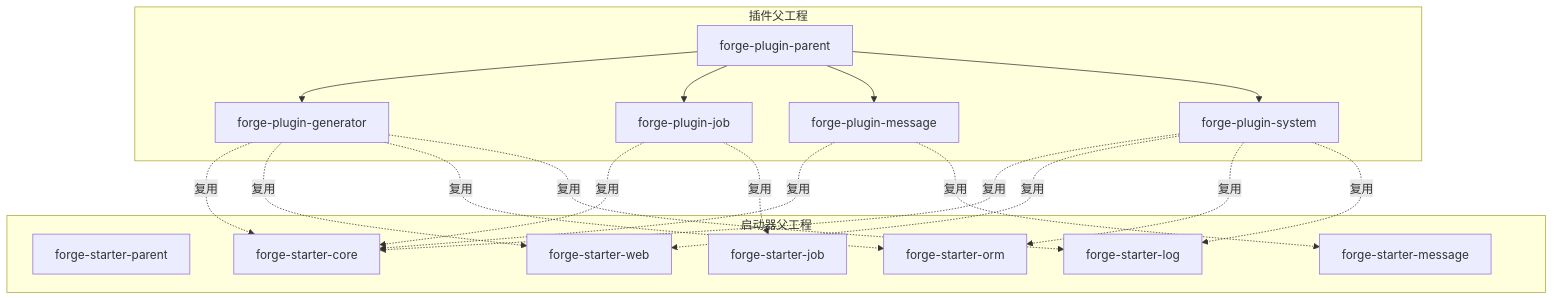
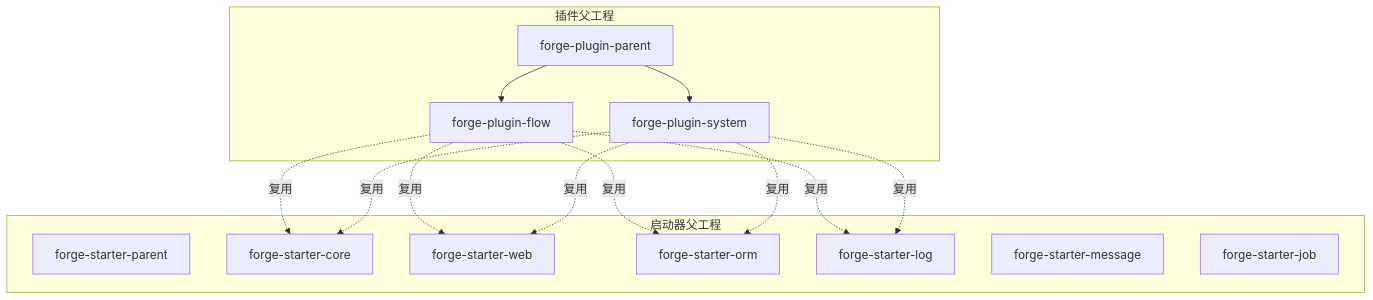
One commit to yaomindong1996/forge-admin changed the second of 4 diagrams in .qoder/repowiki/zh/content/开发指南/扩展开发/插件开发/插件开发.md. Above: the diagram before and after it, drawn with Mermaid. The commit also changed other lines of this file and 76 other files, not shown here.

````diff
--- a/.qoder/repowiki/zh/content/开发指南/扩展开发/插件开发/插件开发.md
+++ b/.qoder/repowiki/zh/content/开发指南/扩展开发/插件开发/插件开发.md
@@ -104,35 +78,27 @@
 ```mermaid
 graph TB
 subgraph "插件父工程"
 PP["forge-plugin-parent"]
-PG["forge-plugin-generator"]
-PJ["forge-plugin-job"]
-PM["forge-plugin-message"]
+PF["forge-plugin-flow"]
 PS["forge-plugin-system"]
 end
 subgraph "启动器父工程"
 SP["forge-starter-parent"]
 SC["forge-starter-core"]
 SW["forge-starter-web"]
 SO["forge-starter-orm"]
 SL["forge-starter-log"]
 SM["forge-starter-message"]
 SJ["forge-starter-job"]
 end
-PP --> PG
-PP --> PJ
-PP --> PM
+PP --> PF
 PP --> PS
-PG -. 复用 .-> SC
-PG -. 复用 .-> SW
-PG -. 复用 .-> SO
-PG -. 复用 .-> SL
-PJ -. 复用 .-> SC
-PJ -. 复用 .-> SJ
-PM -. 复用 .-> SC
-PM -. 复用 .-> SM
+PF -. 复用 .-> SC
+PF -. 复用 .-> SW
+PF -. 复用 .-> SO
+PF -. 复用 .-> SL
 PS -. 复用 .-> SC
 PS -. 复用 .-> SW
 PS -. 复用 .-> SO
 PS -. 复用 .-> SL
 ```
````
